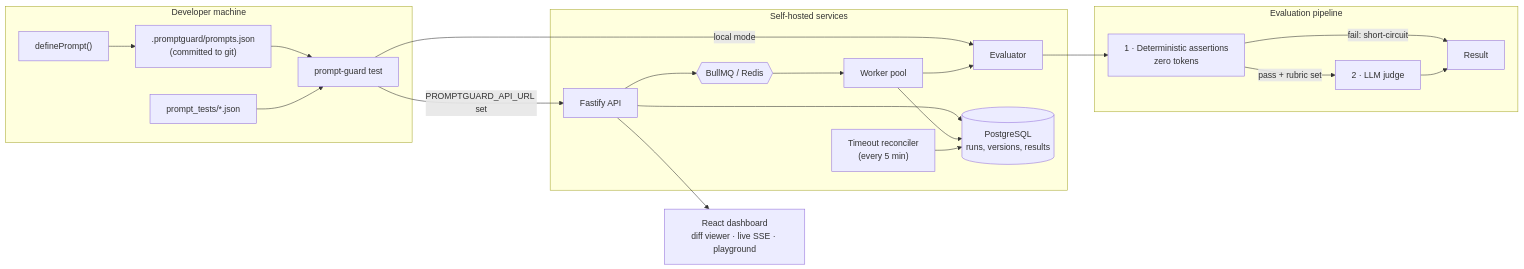
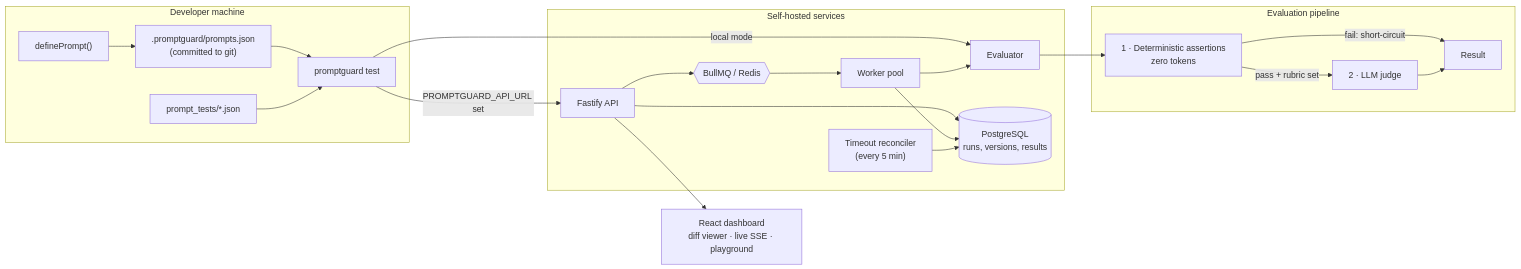
One commit to Avaya02/PromptGuard changed the diagram in README.md. Above: the diagram before and after it, drawn with Mermaid. The commit also changed other lines of this file, not shown here.

First line of the commit message:
Lead the README with the CLI

````diff
--- a/README.md
+++ b/README.md
@@ -70,31 +135,31 @@
 ```mermaid
 flowchart LR
   subgraph dev["Developer machine"]
     SDK["definePrompt()"] --> REG[".promptguard/prompts.json<br/>(committed to git)"]
     TESTS["prompt_tests/*.json"]
-    CLI["prompt-guard test"]
+    CLI["promptguard test"]
     REG --> CLI
     TESTS --> CLI
   end
 
   CLI -->|"local mode"| EVAL
   CLI -->|"PROMPTGUARD_API_URL set"| API
 
   subgraph svc["Self-hosted services"]
     API["Fastify API"] --> PG[("PostgreSQL<br/>runs, versions, results")]
     API --> Q{{"BullMQ / Redis"}}
     Q --> W["Worker pool"]
     W --> EVAL["Evaluator"]
     W --> PG
     RECON["Timeout reconciler<br/>(every 5 min)"] --> PG
   end
 
   subgraph evalcore["Evaluation pipeline"]
     EVAL --> DET["1 · Deterministic assertions<br/>zero tokens"]
     DET -->|"fail: short-circuit"| OUT["Result"]
     DET -->|"pass + rubric set"| JUDGE["2 · LLM judge"]
     JUDGE --> OUT
   end
 
   API --> DASH["React dashboard<br/>diff viewer · live SSE · playground"]
 ```
````
